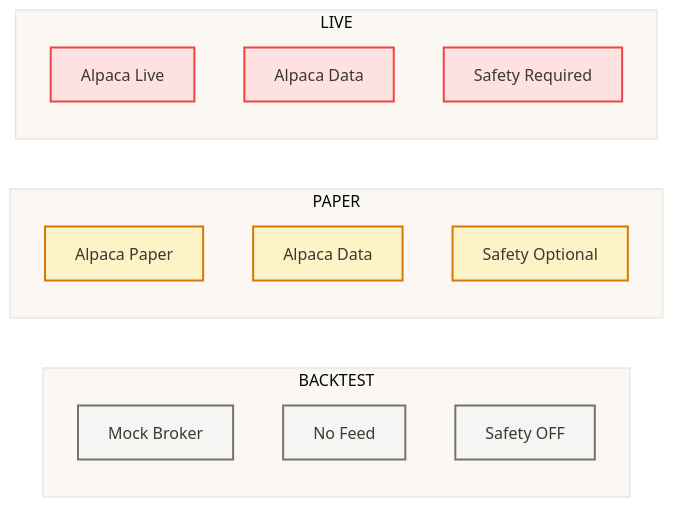
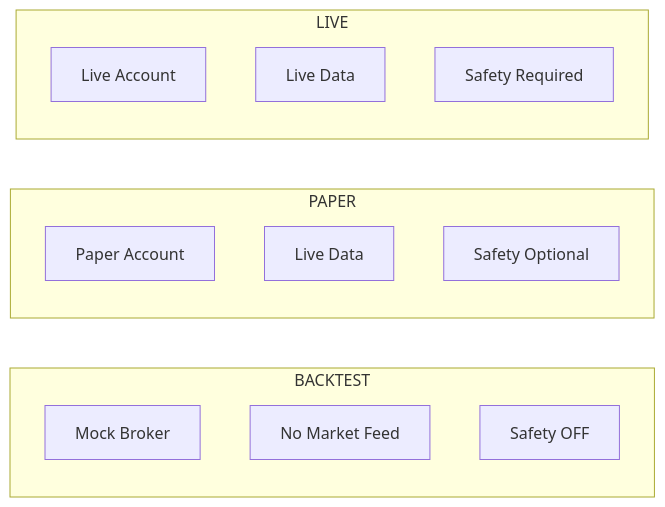
Before and after one commit to ccheney/cream: the seventh of 8 diagrams in ARCHITECTURE.md, drawn with Mermaid. The commit also changed other lines of this file, not shown here.

Commit message:
refactor: update architecture documentation for clarity and accuracy, removing outdated references and enhancing structure

````diff
--- a/ARCHITECTURE.md
+++ b/ARCHITECTURE.md
@@ -426,29 +294,20 @@
 ```mermaid
-%%{init: {'theme': 'base', 'themeVariables': { 'primaryColor': '#FEF3C7', 'primaryTextColor': '#3D3832', 'lineColor': '#78716C', 'tertiaryColor': '#FBF8F3'}}}%%
 flowchart LR
     subgraph BACKTEST
         B1[Mock Broker]
-        B2[No Feed]
+        B2[No Market Feed]
         B3[Safety OFF]
     end
 
     subgraph PAPER
-        P1[Alpaca Paper]
-        P2[Alpaca Data]
+        P1[Paper Account]
+        P2[Live Data]
         P3[Safety Optional]
     end
 
     subgraph LIVE
-        L1[Alpaca Live]
-        L2[Alpaca Data]
+        L1[Live Account]
+        L2[Live Data]
         L3[Safety Required]
     end
-
-    classDef backtest fill:#F5F5F4,stroke:#78716C,stroke-width:2px,color:#3D3832
-    classDef paper fill:#FEF3C7,stroke:#D97706,stroke-width:2px,color:#3D3832
-    classDef live fill:#FEE2E2,stroke:#EF4444,stroke-width:2px,color:#3D3832
-
-    class B1,B2,B3 backtest
-    class P1,P2,P3 paper
-    class L1,L2,L3 live
 ```
````
